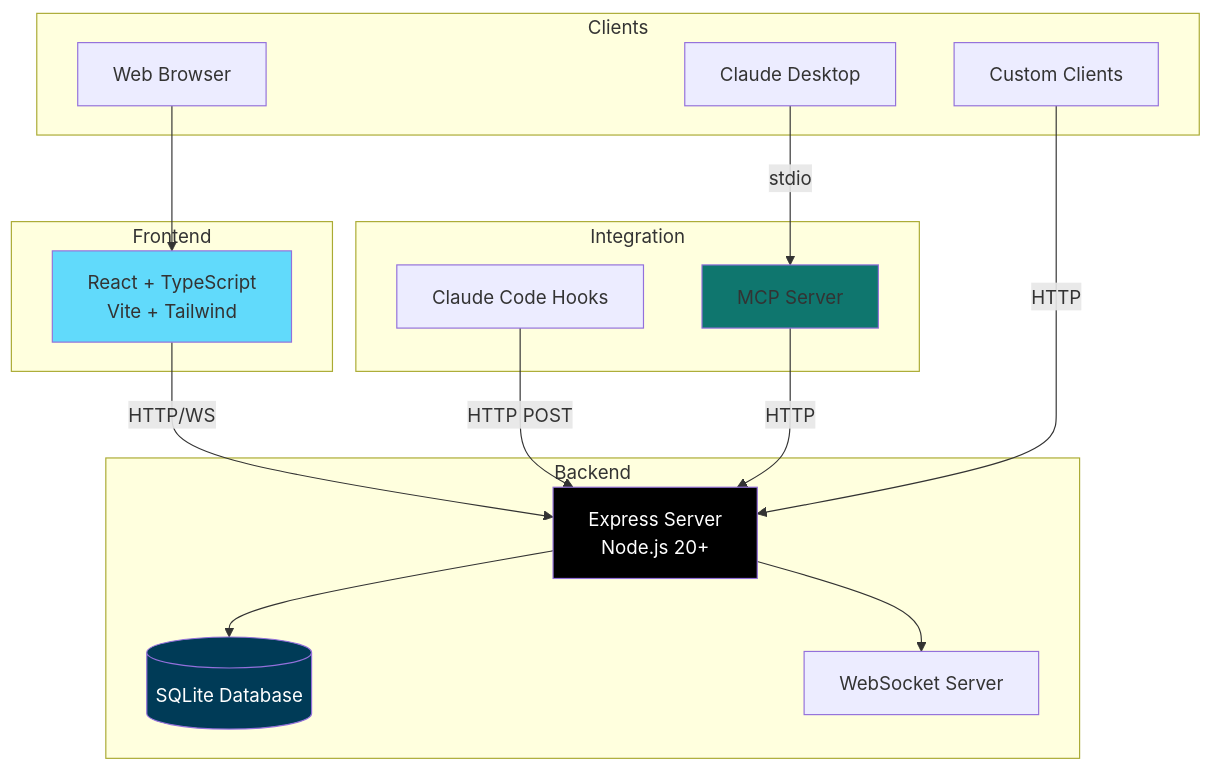
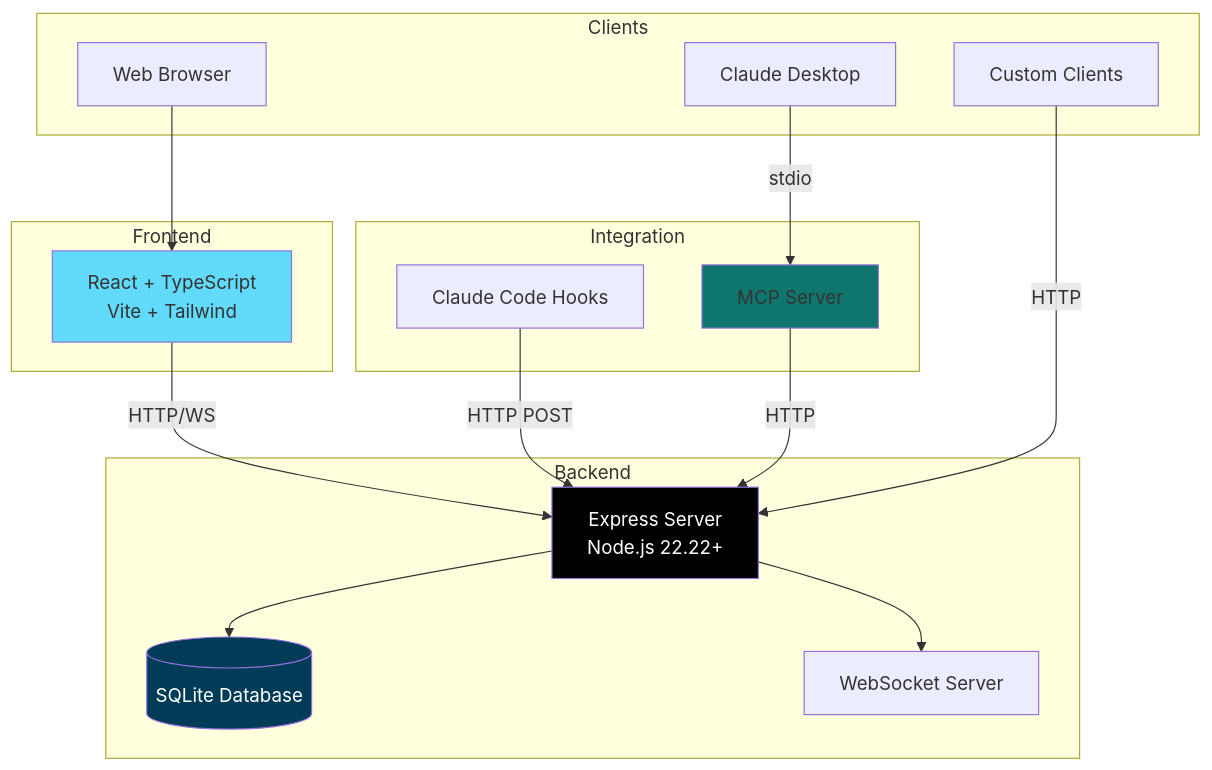
The seventh of 14 diagrams in docs/README.md (CorentinPa/Claude-Code-Agent-Monitor), drawn with Mermaid before and after one commit. The commit also changed other lines of this file and 206 other files, not shown here.

````diff
--- a/docs/README.md
+++ b/docs/README.md
@@ -173,39 +173,39 @@
 ```mermaid
 graph TB
     subgraph "Frontend"
         React[React + TypeScript<br/>Vite + Tailwind]
     end
     
     subgraph "Backend"
-        Express[Express Server<br/>Node.js 20+]
+        Express[Express Server<br/>Node.js 22.22+]
         DB[(SQLite Database)]
         WS[WebSocket Server]
     end
     
     subgraph "Integration"
         Hooks[Claude Code Hooks]
         MCP[MCP Server]
     end
     
     subgraph "Clients"
         Browser[Web Browser]
         Claude[Claude Desktop]
         Custom[Custom Clients]
     end
     
     Browser --> React
     React -->|HTTP/WS| Express
     Express --> DB
     Express --> WS
     
     Hooks -->|HTTP POST| Express
     
     Claude -->|stdio| MCP
     MCP -->|HTTP| Express
     Custom -->|HTTP| Express
     
     style React fill:#61DAFB
     style Express fill:#000000,color:#fff
     style DB fill:#003B57,color:#fff
     style MCP fill:#0f766e
 ```
````
